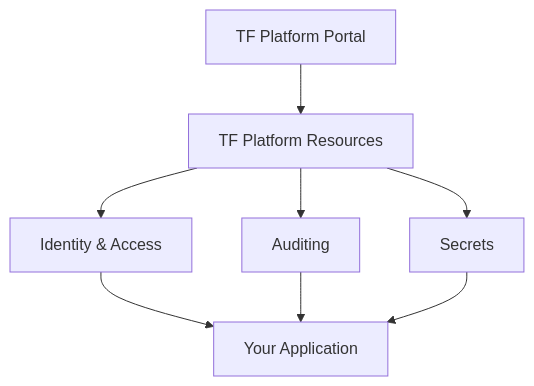
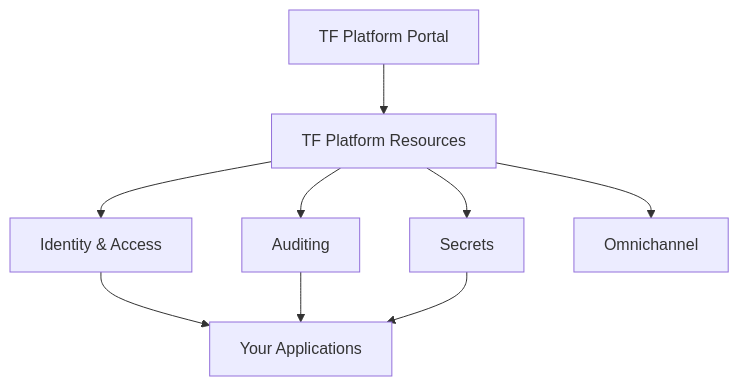
One commit to simptel/docs.simptel.com changed the diagram in tf-platform/overview.md. Above: the diagram before and after it, drawn with Mermaid. The commit also changed other lines of this file, not shown here.

````diff
--- a/tf-platform/overview.md
+++ b/tf-platform/overview.md
@@ -19,11 +19,12 @@
 ```mermaid fullWidth="false"
 graph TD
   A["TF Platform Portal"] --> B["TF Platform Resources"]
   B --> C["Identity & Access"]
   B --> D["Auditing"]
   B --> E["Secrets"]
+  B --> G["Omnichannel"]
 
-  C --> F["Your Application"] 
+  C --> F["Your Applications"] 
   D --> F
   E --> F
 ```
````
